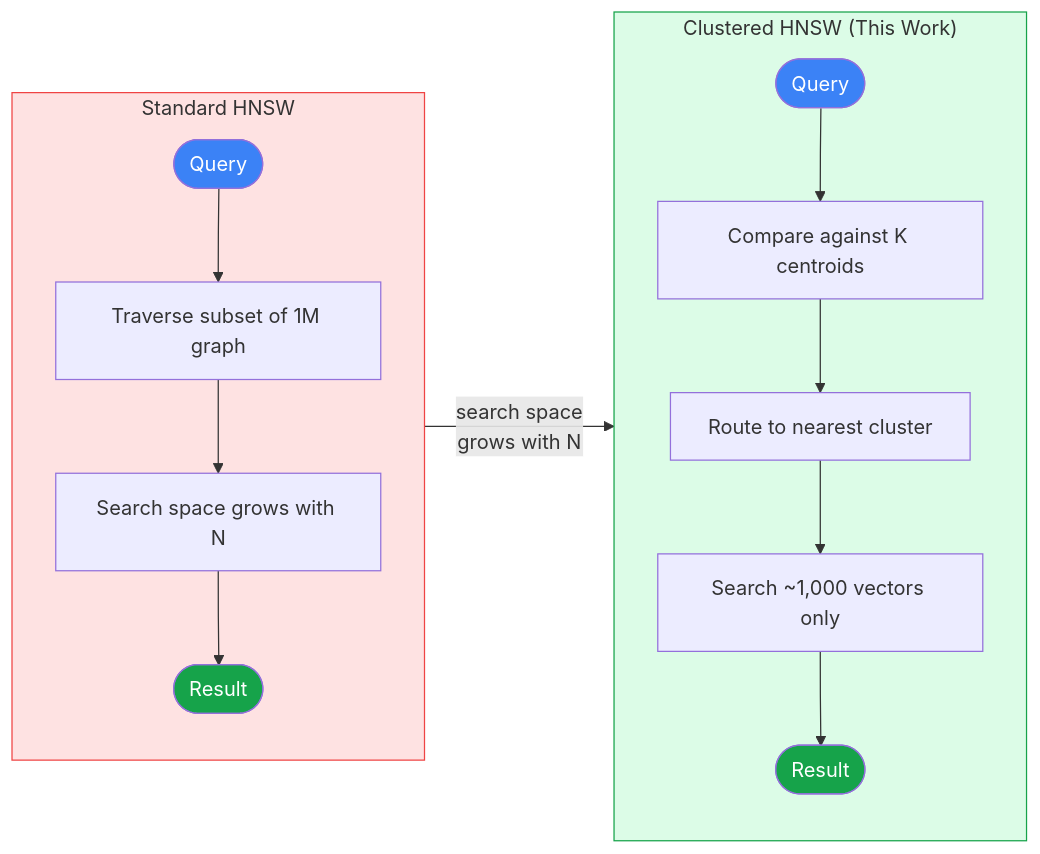
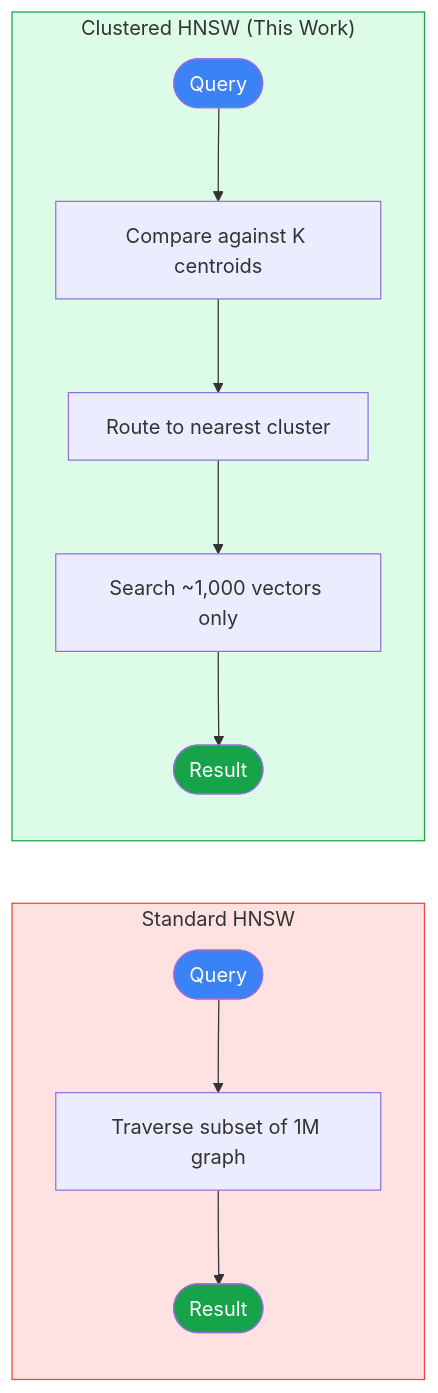
Before and after one commit to salemmohammed/HyVec: the second of 4 diagrams in README.md, drawn with Mermaid. The commit also changed other lines of this file, not shown here.

Commit message:
Readme: diagrams, research questions

````diff
--- a/README.md
+++ b/README.md
@@ -91,26 +91,23 @@
 ```mermaid
 flowchart LR
     subgraph Standard["Standard HNSW"]
         direction TB
         Q1([Query]) --> I1[Traverse subset of 1M graph]
-        I1 --> I2[Search space grows with N]
-        I2 --> R1([Result])
+        I1 --> R1([Result])
     end
 
     subgraph Clustered["Clustered HNSW (This Work)"]
         direction TB
         Q2([Query]) --> C1[Compare against K centroids]
         C1 --> C2[Route to nearest cluster]
         C2 --> C3[Search ~1,000 vectors only]
         C3 --> R2([Result])
     end
 
-    Standard -- "search space\ngrows with N" --> Clustered
-
     style Standard fill:#FEE2E2,stroke:#EF4444
     style Clustered fill:#DCFCE7,stroke:#16A34A
     style Q1 fill:#3B82F6,color:#fff
     style Q2 fill:#3B82F6,color:#fff
     style R1 fill:#16A34A,color:#fff
     style R2 fill:#16A34A,color:#fff
 ```
````
